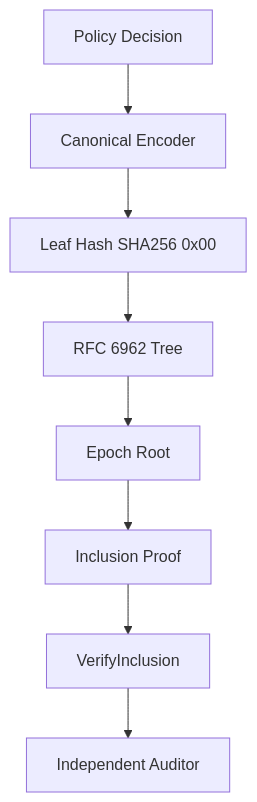
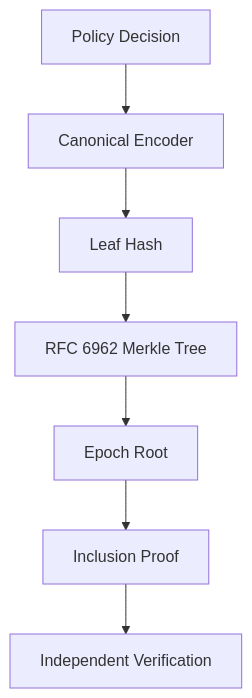
The third of 5 diagrams in README.md (myshra777-ai/garuda), drawn with Mermaid before and after one commit. The commit also changed other lines of this file, not shown here.

````diff
--- a/README.md
+++ b/README.md
@@ -105,10 +120,9 @@
 ```mermaid
 flowchart TD
     DECISION["Policy Decision"] --> CANON["Canonical Encoder"]
-    CANON --> LEAF["Leaf Hash SHA256 0x00"]
-    LEAF --> TREE["RFC 6962 Tree"]
+    CANON --> LEAF["Leaf Hash"]
+    LEAF --> TREE["RFC 6962 Merkle Tree"]
     TREE --> ROOT["Epoch Root"]
     ROOT --> PROOF["Inclusion Proof"]
-    PROOF --> VERIFY["VerifyInclusion"]
-    VERIFY --> AUDITOR["Independent Auditor"]
+    PROOF --> VERIFY["Independent Verification"]
 ```
````
